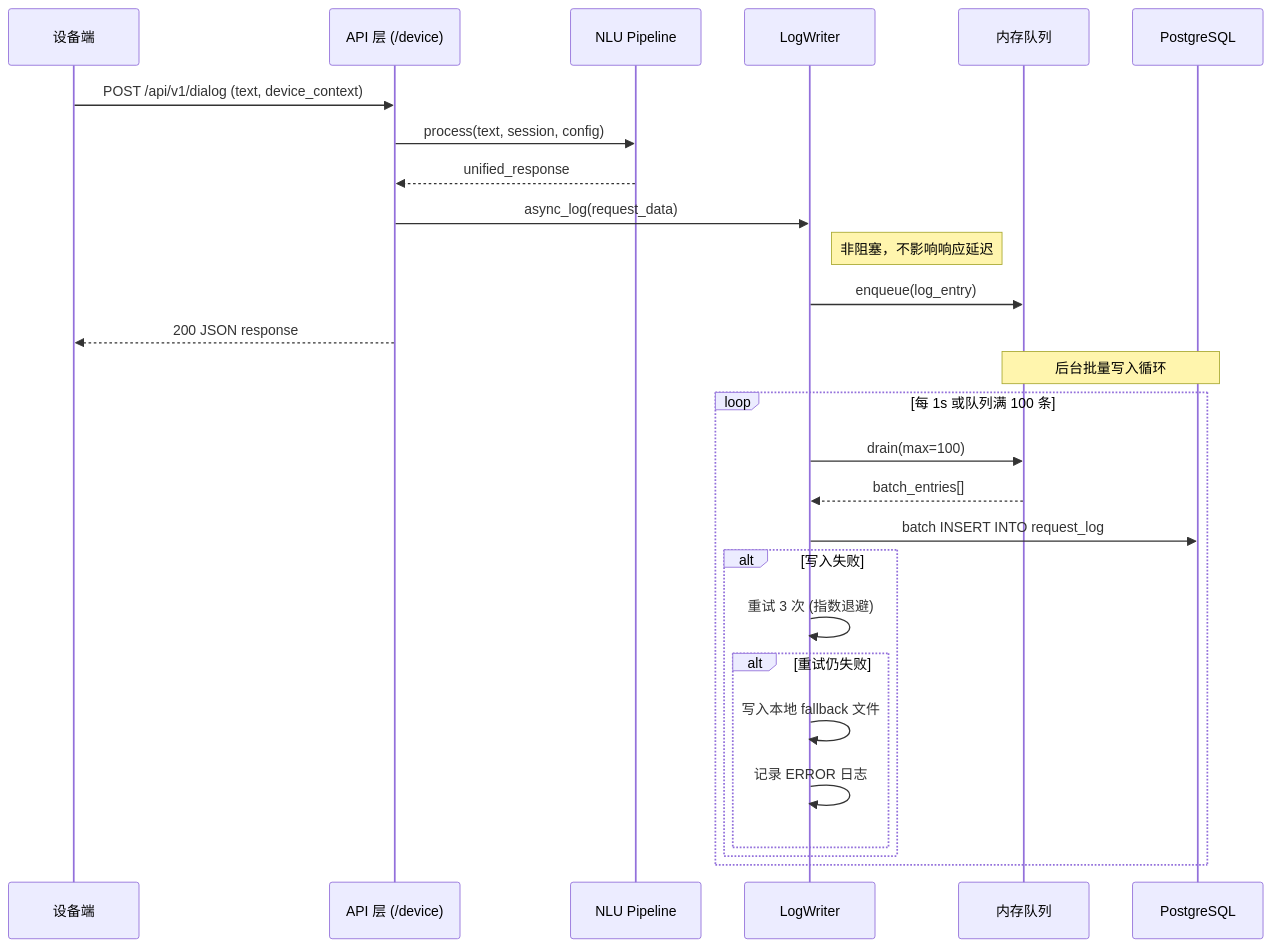
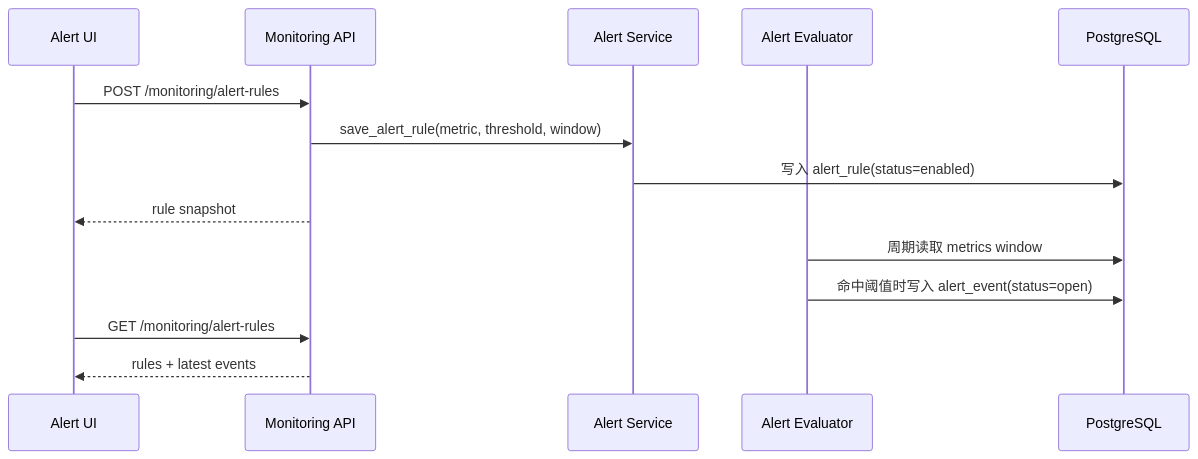
The third of 3 diagrams in specs/master/ad/ad-monitoring.md (WangShaoyu1/spec_kit_superpower), drawn with Mermaid before and after one commit. The commit also changed other lines of this file and 416 other files, not shown here.

````diff
--- a/specs/master/ad/ad-monitoring.md
+++ b/specs/master/ad/ad-monitoring.md
@@ -74,32 +85,17 @@
 ```mermaid
 sequenceDiagram
-    participant D as 设备端
-    participant API as API 层 (/device)
-    participant NLU as NLU Pipeline
-    participant LW as LogWriter
-    participant Q as 内存队列
-    participant DB as PostgreSQL
+    participant FE as Alert UI
+    participant API as Monitoring API
+    participant SVC as Alert Service
+    participant EVAL as Alert Evaluator
+    participant PG as PostgreSQL
 
-    D->>API: POST /api/v1/dialog (text, device_context)
-    API->>NLU: process(text, session, config)
-    NLU-->>API: unified_response
-
-    API->>LW: async_log(request_data)
-    Note right of LW: 非阻塞，不影响响应延迟
-    LW->>Q: enqueue(log_entry)
-    API-->>D: 200 JSON response
-
-    Note over Q, DB: 后台批量写入循环
-    loop 每 1s 或队列满 100 条
-        LW->>Q: drain(max=100)
-        Q-->>LW: batch_entries[]
-        LW->>DB: batch INSERT INTO request_log
-        alt 写入失败
-            LW->>LW: 重试 3 次 (指数退避)
-            alt 重试仍失败
-                LW->>LW: 写入本地 fallback 文件
-                LW->>LW: 记录 ERROR 日志
-            end
-        end
-    end
+    FE->>API: POST /monitoring/alert-rules
+    API->>SVC: save_alert_rule(metric, threshold, window)
+    SVC->>PG: 写入 alert_rule(status=enabled)
+    API-->>FE: rule snapshot
+    EVAL->>PG: 周期读取 metrics window
+    EVAL->>PG: 命中阈值时写入 alert_event(status=open)
+    FE->>API: GET /monitoring/alert-rules
+    API-->>FE: rules + latest events
 ```
````
